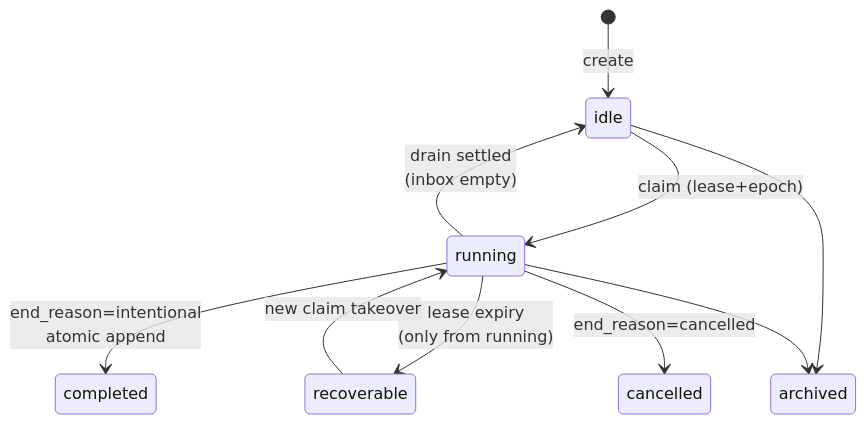
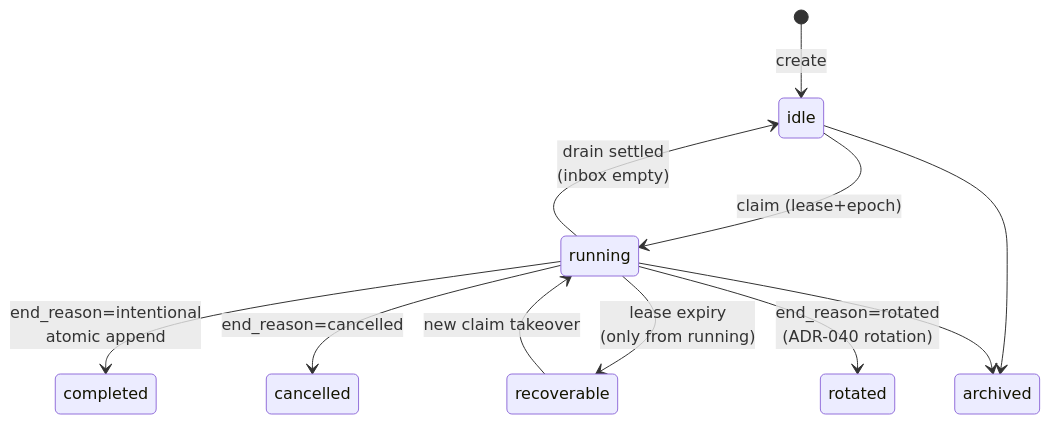
One commit to flyer103/kian changed the third of 9 diagrams in design/DESIGN.md. Above: the diagram before and after it, drawn with Mermaid. The commit also changed other lines of this file and 18 other files, not shown here.

````diff
--- a/design/DESIGN.md
+++ b/design/DESIGN.md
@@ -139,12 +139,13 @@
 ```mermaid
 stateDiagram-v2
  [*] --> idle: create
  idle --> running: claim (lease+epoch)
  running --> idle: drain settled<br/>(inbox empty)
  running --> recoverable: lease expiry<br/>(only from running)
  recoverable --> running: new claim takeover
  running --> completed: end_reason=intentional<br/>atomic append
  running --> cancelled: end_reason=cancelled
+ running --> rotated: end_reason=rotated<br/>(ADR-040 rotation)
  idle --> archived
  running --> archived
 ```
````
